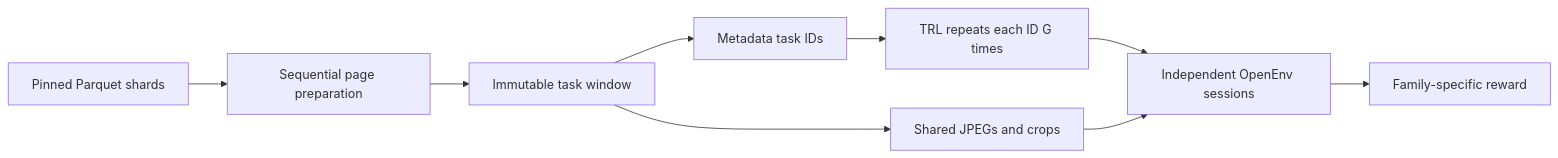
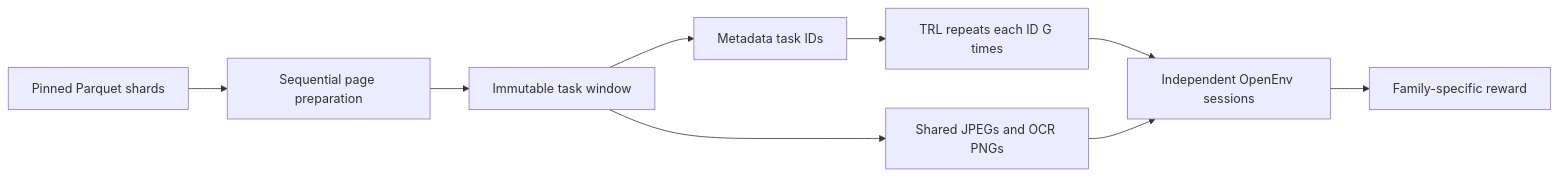
Before and after one commit to adithya-s-k/FineEnvs: the diagram in 05-multilingual-ocr/README.md, drawn with Mermaid. The commit also changed other lines of this file and 27 other files, not shown here.

````diff
--- a/05-multilingual-ocr/README.md
+++ b/05-multilingual-ocr/README.md
@@ -63,11 +71,11 @@
 ```mermaid
 flowchart LR
     A[Pinned Parquet shards] --> B[Sequential page preparation]
     B --> C[Immutable task window]
     C --> D[Metadata task IDs]
-    C --> E[Shared JPEGs and crops]
+    C --> E[Shared JPEGs and OCR PNGs]
     D --> F[TRL repeats each ID G times]
     F --> G[Independent OpenEnv sessions]
     E --> G
     G --> H[Family-specific reward]
 ```
````
